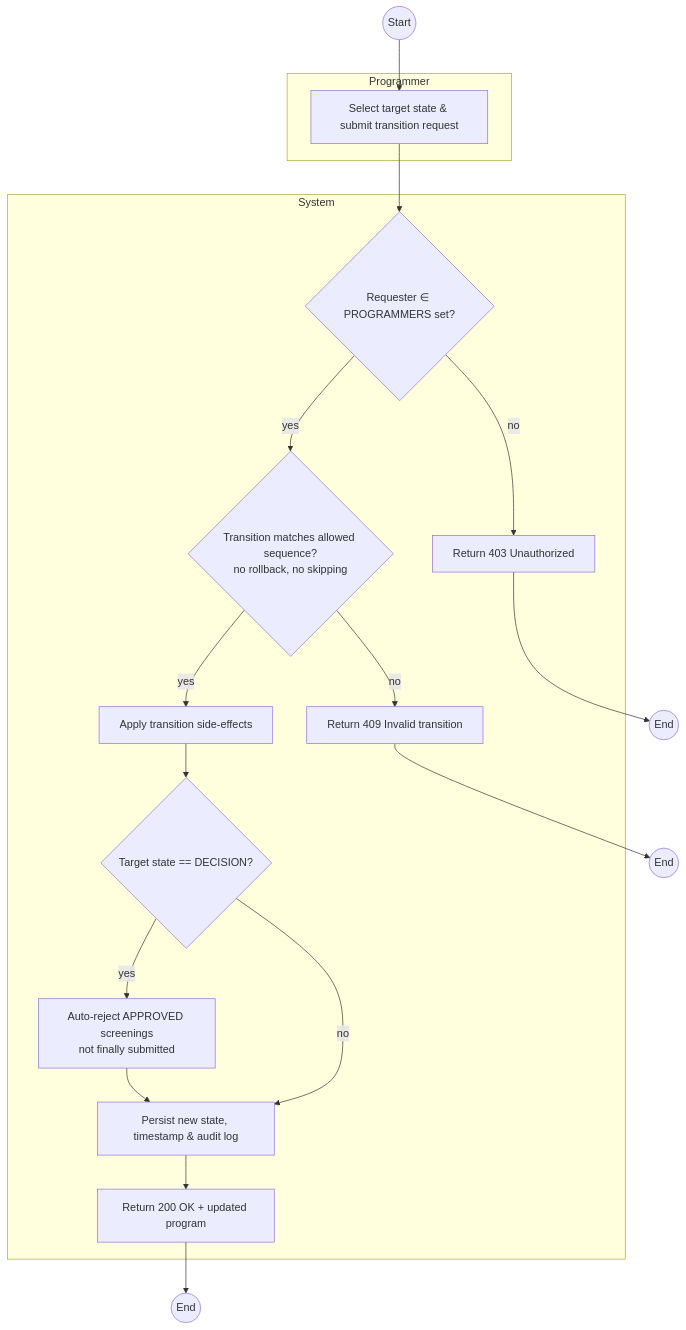
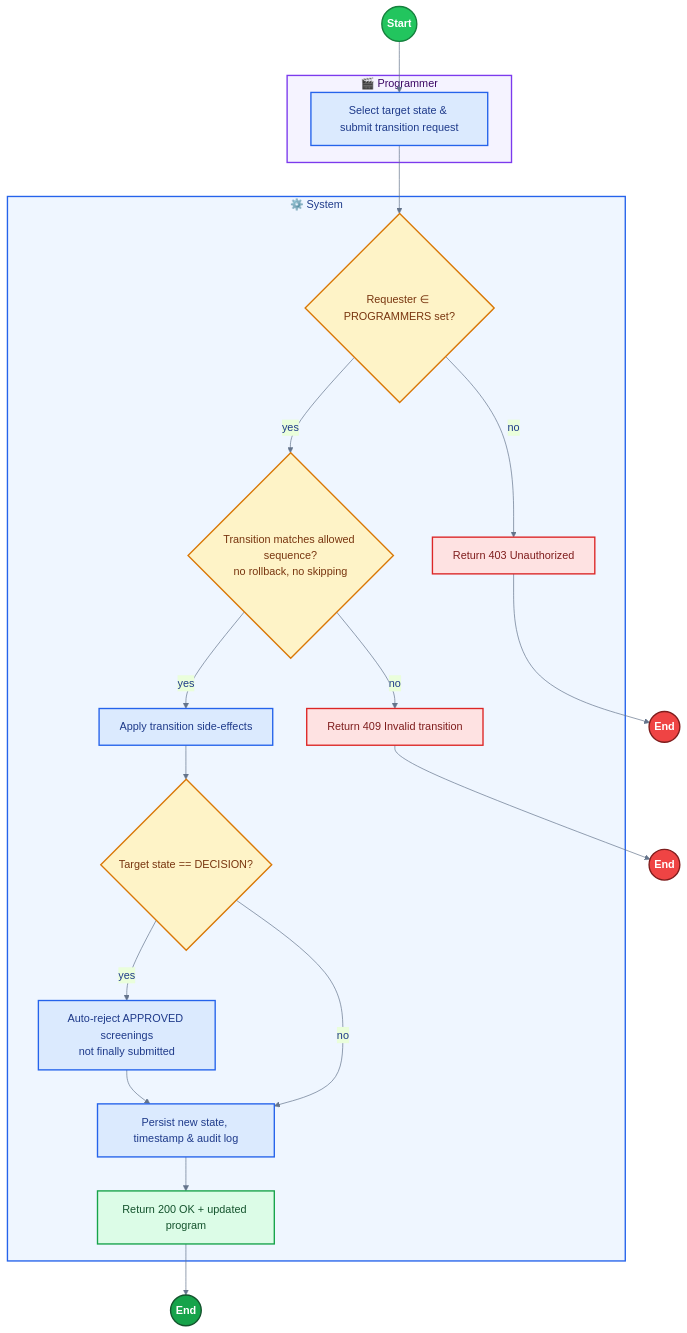
One commit to Volanakis/SoftwareEngineering101 changed the diagram in diagrams/06-activity-program-state-transitions.md. Above: the diagram before and after it, drawn with Mermaid.

Commit message:
Enhance activity diagram with improved subgraph labels and styling for better visual clarity

````diff
--- a/diagrams/06-activity-program-state-transitions.md
+++ b/diagrams/06-activity-program-state-transitions.md
@@ -5,26 +5,45 @@
 ```mermaid
+%%{init: {'theme':'base', 'themeVariables': {'fontFamily':'Segoe UI, sans-serif', 'primaryColor':'#dbeafe', 'primaryBorderColor':'#2563eb', 'primaryTextColor':'#1e3a8a', 'lineColor':'#64748b'}}}%%
 flowchart TD
-    subgraph Programmer
+    subgraph Programmer["🎬 Programmer"]
         A1[Select target state & submit transition request]
     end
-    subgraph System
+    subgraph System["⚙️ System"]
         D1{Requester ∈ PROGRAMMERS set?}
         E1[Return 403 Unauthorized]
         D2{Transition matches allowed sequence?<br/>no rollback, no skipping}
         E2[Return 409 Invalid transition]
         A2[Apply transition side-effects]
         D3{Target state == DECISION?}
         A3[Auto-reject APPROVED screenings<br/>not finally submitted]
         A4[Persist new state, timestamp & audit log]
         A5[Return 200 OK + updated program]
     end
 
     Start((Start)) --> A1 --> D1
     D1 -->|"no"| E1 --> End1((End))
     D1 -->|"yes"| D2
     D2 -->|"no"| E2 --> End2((End))
     D2 -->|"yes"| A2 --> D3
     D3 -->|"yes"| A3 --> A4
     D3 -->|"no"| A4
     A4 --> A5 --> End3((End))
+
+    classDef startNode fill:#22c55e,stroke:#15803d,stroke-width:2px,color:#ffffff,font-weight:bold
+    classDef successEnd fill:#16a34a,stroke:#14532d,stroke-width:2px,color:#ffffff,font-weight:bold
+    classDef errorEnd fill:#ef4444,stroke:#7f1d1d,stroke-width:2px,color:#ffffff,font-weight:bold
+    classDef action fill:#dbeafe,stroke:#2563eb,stroke-width:2px,color:#1e3a8a
+    classDef decision fill:#fef3c7,stroke:#d97706,stroke-width:2px,color:#78350f
+    classDef errorAction fill:#fee2e2,stroke:#dc2626,stroke-width:2px,color:#7f1d1d
+    classDef successAction fill:#dcfce7,stroke:#16a34a,stroke-width:2px,color:#14532d
+    style Programmer fill:#f5f3ff,stroke:#7c3aed,stroke-width:2px,color:#3b0764
+    style System fill:#eff6ff,stroke:#2563eb,stroke-width:2px,color:#1e3a8a
+
+    class Start startNode
+    class End3 successEnd
+    class End1,End2 errorEnd
+    class D1,D2,D3 decision
+    class A1,A2,A3,A4 action
+    class E1,E2 errorAction
+    class A5 successAction
 ```
````
